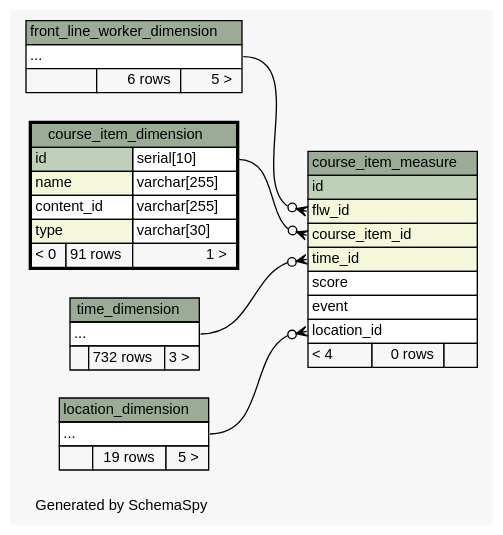
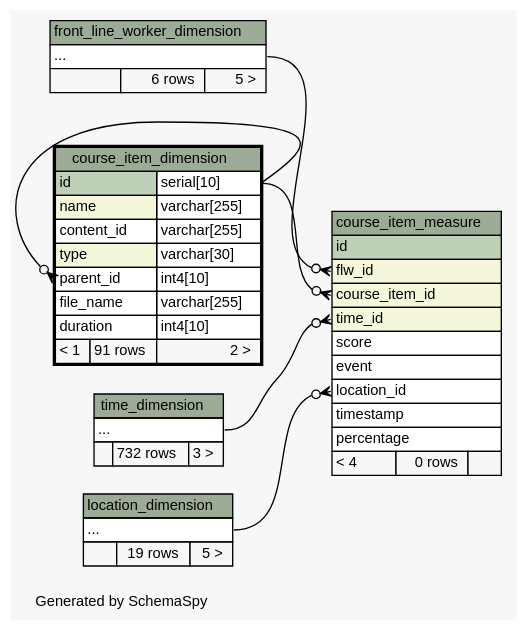
The diagram in ananya-report/build/schemaspy-output/diagrams/course_item_dimension.2degrees.dot (motech/ananya), drawn with Graphviz before and after one commit. The commit also changed 72 other files, not shown here.

Commit message:
Pulkit,Sush|#1620|schema changes to include job aid simension and measure tables and schema spy output for the same.

```diff
--- a/ananya-report/build/schemaspy-output/diagrams/course_item_dimension.2degrees.dot
+++ b/ananya-report/build/schemaspy-output/diagrams/course_item_dimension.2degrees.dot
@@ -1,85 +1,91 @@
-// dot 2.26.3 on Linux 2.6.38-11-generic-pae
+// dot 2.28.0 on Mac OS X 10.7.3
 // SchemaSpy rev 590
 digraph "twoDegreesRelationshipsDiagram" {
   graph [
     rankdir="RL"
     bgcolor="#f7f7f7"
     label="\nGenerated by SchemaSpy"
     labeljust="l"
     nodesep="0.18"
     ranksep="0.46"
     fontname="Helvetica"
     fontsize="11"
   ];
   node [
     fontname="Helvetica"
     fontsize="11"
     shape="plaintext"
   ];
   edge [
     arrowsize="0.8"
   ];
+  "course_item_dimension":"parent_id":w -> "course_item_dimension":"id.type":e [arrowhead=none dir=back arrowtail=crowodot];
   "course_item_measure":"course_item_id":w -> "course_item_dimension":"id.type":e [arrowhead=none dir=back arrowtail=crowodot];
   "course_item_measure":"flw_id":w -> "front_line_worker_dimension":"elipses":e [arrowhead=none dir=back arrowtail=crowodot];
   "course_item_measure":"location_id":w -> "location_dimension":"elipses":e [arrowhead=none dir=back arrowtail=crowodot];
   "course_item_measure":"time_id":w -> "time_dimension":"elipses":e [arrowhead=none dir=back arrowtail=crowodot];
   "course_item_dimension" [
     label=<
     <TABLE BORDER="2" CELLBORDER="1" CELLSPACING="0" BGCOLOR="#ffffff">
       <TR><TD COLSPAN="3" BGCOLOR="#9bab96" ALIGN="CENTER">course_item_dimension</TD></TR>
       <TR><TD PORT="id" COLSPAN="2" BGCOLOR="#bed1b8" ALIGN="LEFT">id</TD><TD PORT="id.type" ALIGN="LEFT">serial[10]</TD></TR>
       <TR><TD PORT="name" COLSPAN="2" BGCOLOR="#f4f7da" ALIGN="LEFT">name</TD><TD PORT="name.type" ALIGN="LEFT">varchar[255]</TD></TR>
       <TR><TD PORT="content_id" COLSPAN="2" ALIGN="LEFT">content_id</TD><TD PORT="content_id.type" ALIGN="LEFT">varchar[255]</TD></TR>
       <TR><TD PORT="type" COLSPAN="2" BGCOLOR="#f4f7da" ALIGN="LEFT">type</TD><TD PORT="type.type" ALIGN="LEFT">varchar[30]</TD></TR>
-      <TR><TD ALIGN="LEFT" BGCOLOR="#f7f7f7">&lt; 0</TD><TD ALIGN="RIGHT" BGCOLOR="#f7f7f7">91 rows</TD><TD ALIGN="RIGHT" BGCOLOR="#f7f7f7">1 &gt;</TD></TR>
+      <TR><TD PORT="parent_id" COLSPAN="2" ALIGN="LEFT">parent_id</TD><TD PORT="parent_id.type" ALIGN="LEFT">int4[10]</TD></TR>
+      <TR><TD PORT="file_name" COLSPAN="2" ALIGN="LEFT">file_name</TD><TD PORT="file_name.type" ALIGN="LEFT">varchar[255]</TD></TR>
+      <TR><TD PORT="duration" COLSPAN="2" ALIGN="LEFT">duration</TD><TD PORT="duration.type" ALIGN="LEFT">int4[10]</TD></TR>
+      <TR><TD ALIGN="LEFT" BGCOLOR="#f7f7f7">&lt; 1</TD><TD ALIGN="RIGHT" BGCOLOR="#f7f7f7">91 rows</TD><TD ALIGN="RIGHT" BGCOLOR="#f7f7f7">2 &gt;</TD></TR>
     </TABLE>>
     URL="course_item_dimension.html"
     tooltip="course_item_dimension"
   ];
   "course_item_measure" [
     label=<
     <TABLE BORDER="0" CELLBORDER="1" CELLSPACING="0" BGCOLOR="#ffffff">
       <TR><TD COLSPAN="3" BGCOLOR="#9bab96" ALIGN="CENTER">course_item_measure</TD></TR>
       <TR><TD PORT="id" COLSPAN="3" BGCOLOR="#bed1b8" ALIGN="LEFT">id</TD></TR>
       <TR><TD PORT="flw_id" COLSPAN="3" BGCOLOR="#f4f7da" ALIGN="LEFT">flw_id</TD></TR>
       <TR><TD PORT="course_item_id" COLSPAN="3" BGCOLOR="#f4f7da" ALIGN="LEFT">course_item_id</TD></TR>
       <TR><TD PORT="time_id" COLSPAN="3" BGCOLOR="#f4f7da" ALIGN="LEFT">time_id</TD></TR>
       <TR><TD PORT="score" COLSPAN="3" ALIGN="LEFT">score</TD></TR>
       <TR><TD PORT="event" COLSPAN="3" ALIGN="LEFT">event</TD></TR>
       <TR><TD PORT="location_id" COLSPAN="3" ALIGN="LEFT">location_id</TD></TR>
+      <TR><TD PORT="timestamp" COLSPAN="3" ALIGN="LEFT">timestamp</TD></TR>
+      <TR><TD PORT="percentage" COLSPAN="3" ALIGN="LEFT">percentage</TD></TR>
       <TR><TD ALIGN="LEFT" BGCOLOR="#f7f7f7">&lt; 4</TD><TD ALIGN="RIGHT" BGCOLOR="#f7f7f7">0 rows</TD><TD ALIGN="RIGHT" BGCOLOR="#f7f7f7">  </TD></TR>
     </TABLE>>
     URL="course_item_measure.html"
     tooltip="course_item_measure"
   ];
   "front_line_worker_dimension" [
     label=<
     <TABLE BORDER="0" CELLBORDER="1" CELLSPACING="0" BGCOLOR="#ffffff">
       <TR><TD COLSPAN="3" BGCOLOR="#9bab96" ALIGN="CENTER">front_line_worker_dimension</TD></TR>
       <TR><TD PORT="elipses" COLSPAN="3" ALIGN="LEFT">...</TD></TR>
       <TR><TD ALIGN="LEFT" BGCOLOR="#f7f7f7">  </TD><TD ALIGN="RIGHT" BGCOLOR="#f7f7f7">6 rows</TD><TD ALIGN="RIGHT" BGCOLOR="#f7f7f7">5 &gt;</TD></TR>
     </TABLE>>
     URL="front_line_worker_dimension.html"
     tooltip="front_line_worker_dimension"
   ];
   "location_dimension" [
     label=<
     <TABLE BORDER="0" CELLBORDER="1" CELLSPACING="0" BGCOLOR="#ffffff">
       <TR><TD COLSPAN="3" BGCOLOR="#9bab96" ALIGN="CENTER">location_dimension</TD></TR>
       <TR><TD PORT="elipses" COLSPAN="3" ALIGN="LEFT">...</TD></TR>
       <TR><TD ALIGN="LEFT" BGCOLOR="#f7f7f7">  </TD><TD ALIGN="RIGHT" BGCOLOR="#f7f7f7">19 rows</TD><TD ALIGN="RIGHT" BGCOLOR="#f7f7f7">5 &gt;</TD></TR>
     </TABLE>>
     URL="location_dimension.html"
     tooltip="location_dimension"
   ];
   "time_dimension" [
     label=<
     <TABLE BORDER="0" CELLBORDER="1" CELLSPACING="0" BGCOLOR="#ffffff">
       <TR><TD COLSPAN="3" BGCOLOR="#9bab96" ALIGN="CENTER">time_dimension</TD></TR>
       <TR><TD PORT="elipses" COLSPAN="3" ALIGN="LEFT">...</TD></TR>
       <TR><TD ALIGN="LEFT" BGCOLOR="#f7f7f7">  </TD><TD ALIGN="RIGHT" BGCOLOR="#f7f7f7">732 rows</TD><TD ALIGN="RIGHT" BGCOLOR="#f7f7f7">3 &gt;</TD></TR>
     </TABLE>>
     URL="time_dimension.html"
     tooltip="time_dimension"
   ];
 }
```
